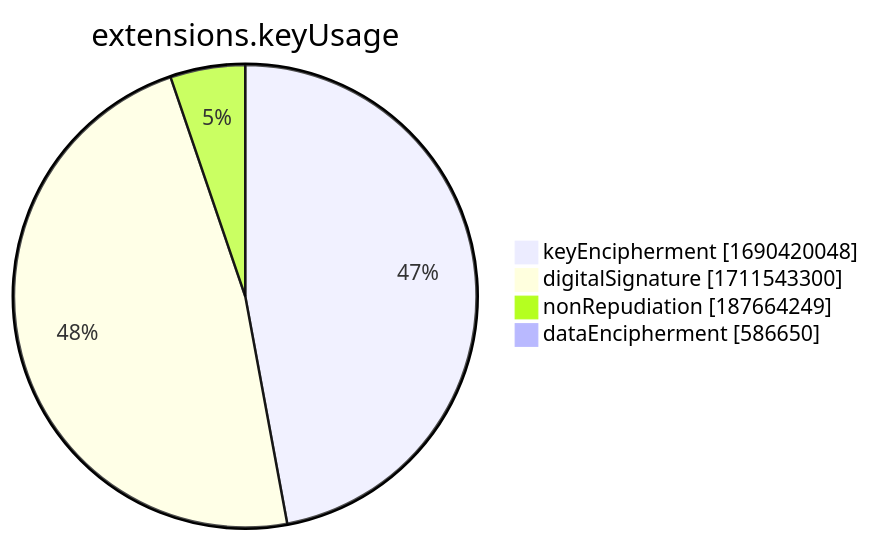
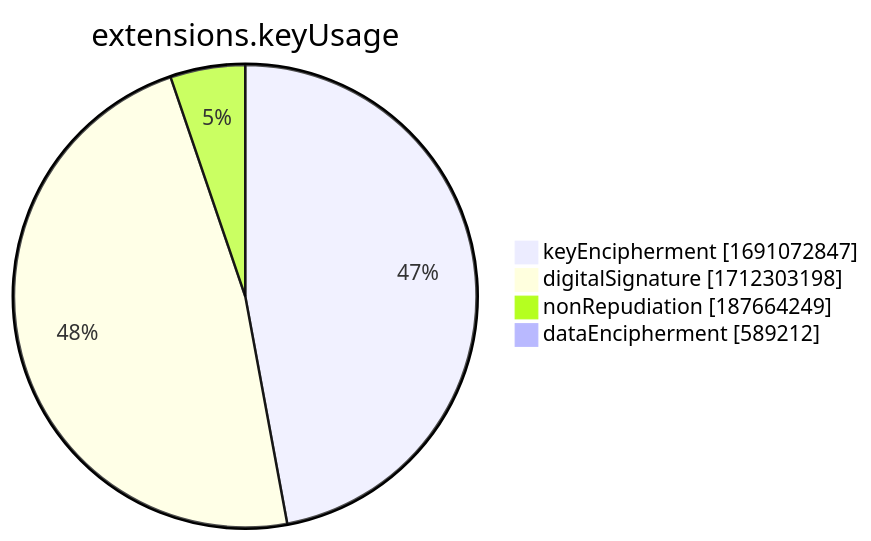
The seventh of 15 diagrams in xenon2022/README.md (christiankrug/ctmonitor_visualization), drawn with Mermaid before and after one commit. The commit also changed other lines of this file, not shown here.

````diff
--- a/xenon2022/README.md
+++ b/xenon2022/README.md
@@ -2858,8 +2858,8 @@
 ```mermaid
 pie showData
 title extensions.keyUsage
-"keyEncipherment" :1690420048
-"digitalSignature" :1711543300
+"keyEncipherment" :1691072847
+"digitalSignature" :1712303198
 "nonRepudiation" :187664249
-"dataEncipherment" :586650
+"dataEncipherment" :589212
 ```
````
